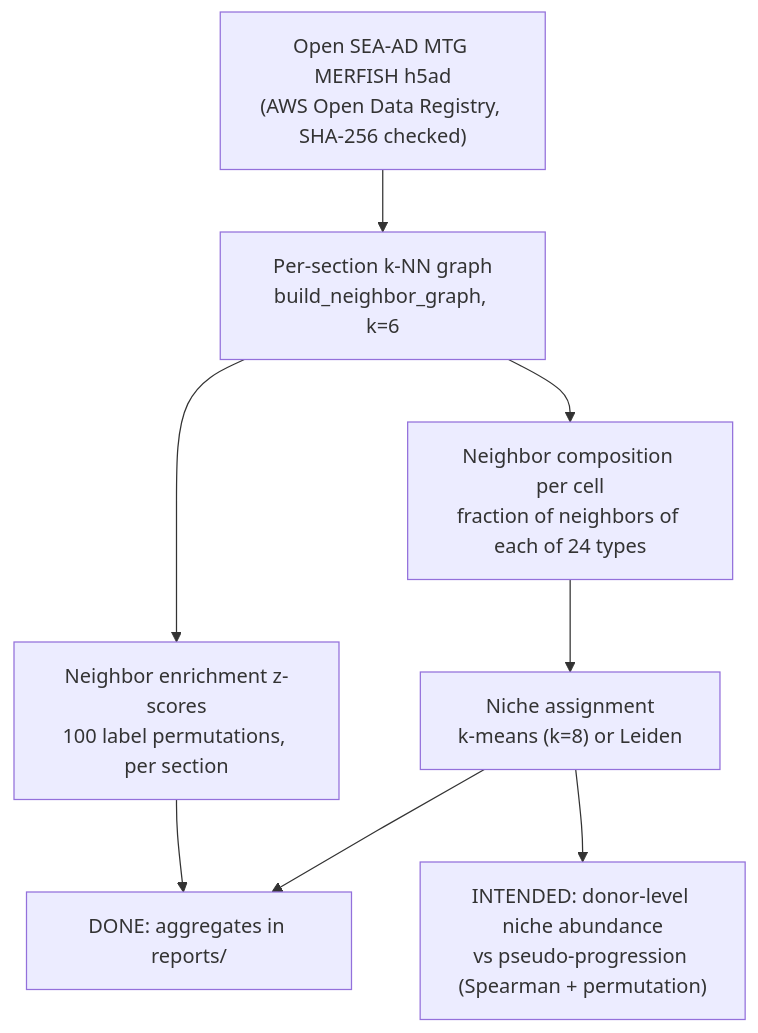
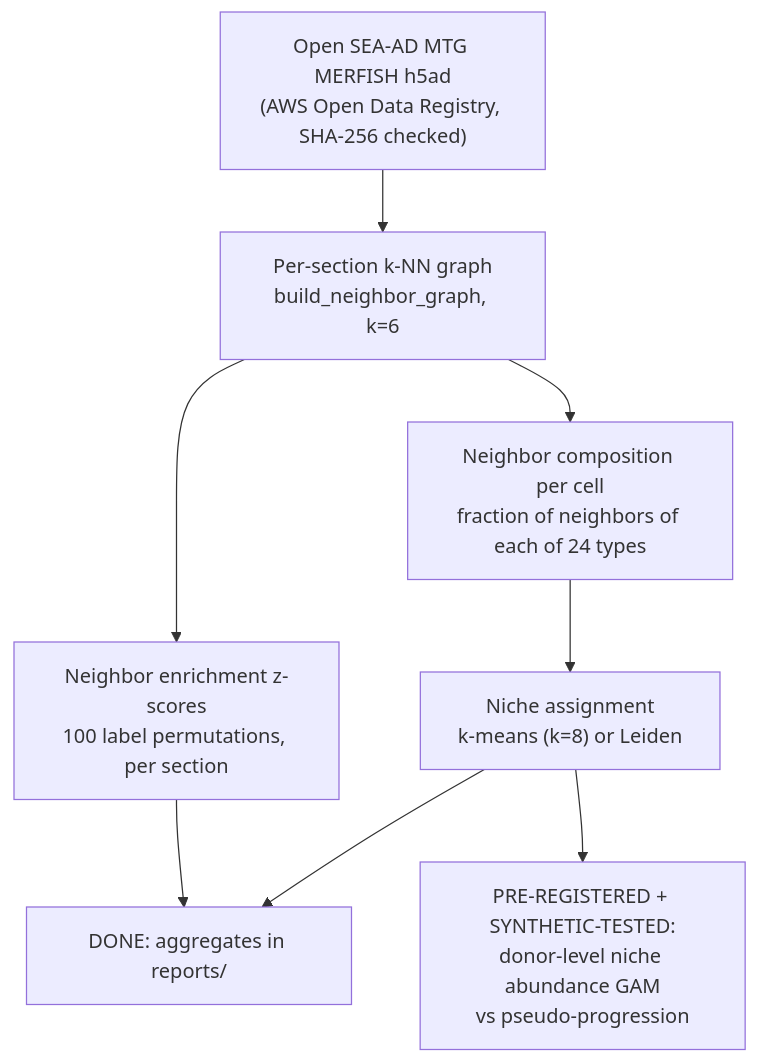
Before and after one commit to hwilner/sea-ad-spatial-progression-niches: the first of 2 diagrams in docs/METHODS.md, drawn with Mermaid. The commit also changed other lines of this file, not shown here.

Commit message:
Update methods for pre-registered GAM

````diff
--- a/docs/METHODS.md
+++ b/docs/METHODS.md
@@ -7,10 +7,10 @@
 ```mermaid
 flowchart TD
     A["Open SEA-AD MTG MERFISH h5ad<br/>(AWS Open Data Registry, SHA-256 checked)"] --> B["Per-section k-NN graph<br/>build_neighbor_graph, k=6"]
     B --> C["Neighbor composition per cell<br/>fraction of neighbors of each of 24 types"]
     B --> D["Neighbor enrichment z-scores<br/>100 label permutations, per section"]
     C --> E["Niche assignment<br/>k-means (k=8) or Leiden"]
     D --> F["DONE: aggregates in reports/"]
     E --> F
-    E --> G["INTENDED: donor-level niche abundance<br/>vs pseudo-progression (Spearman + permutation)"]
+    E --> G["PRE-REGISTERED + SYNTHETIC-TESTED:<br/>donor-level niche abundance GAM<br/>vs pseudo-progression"]
 ```
````
